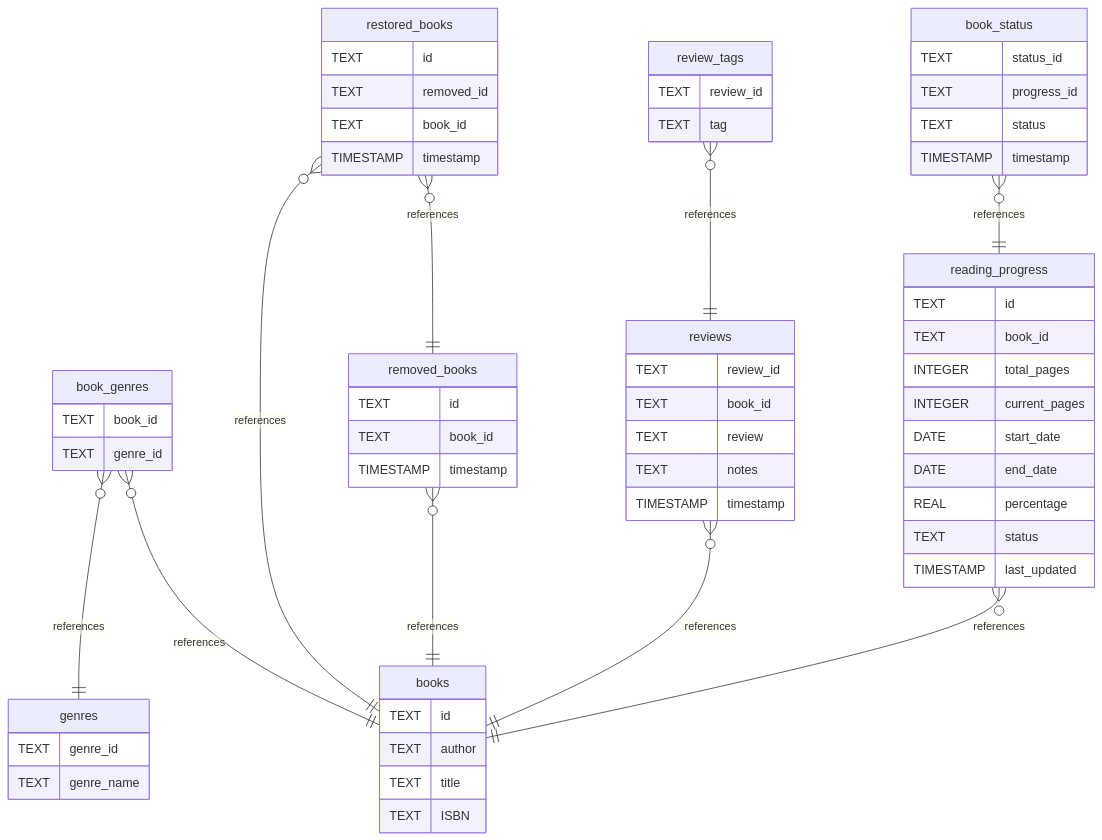
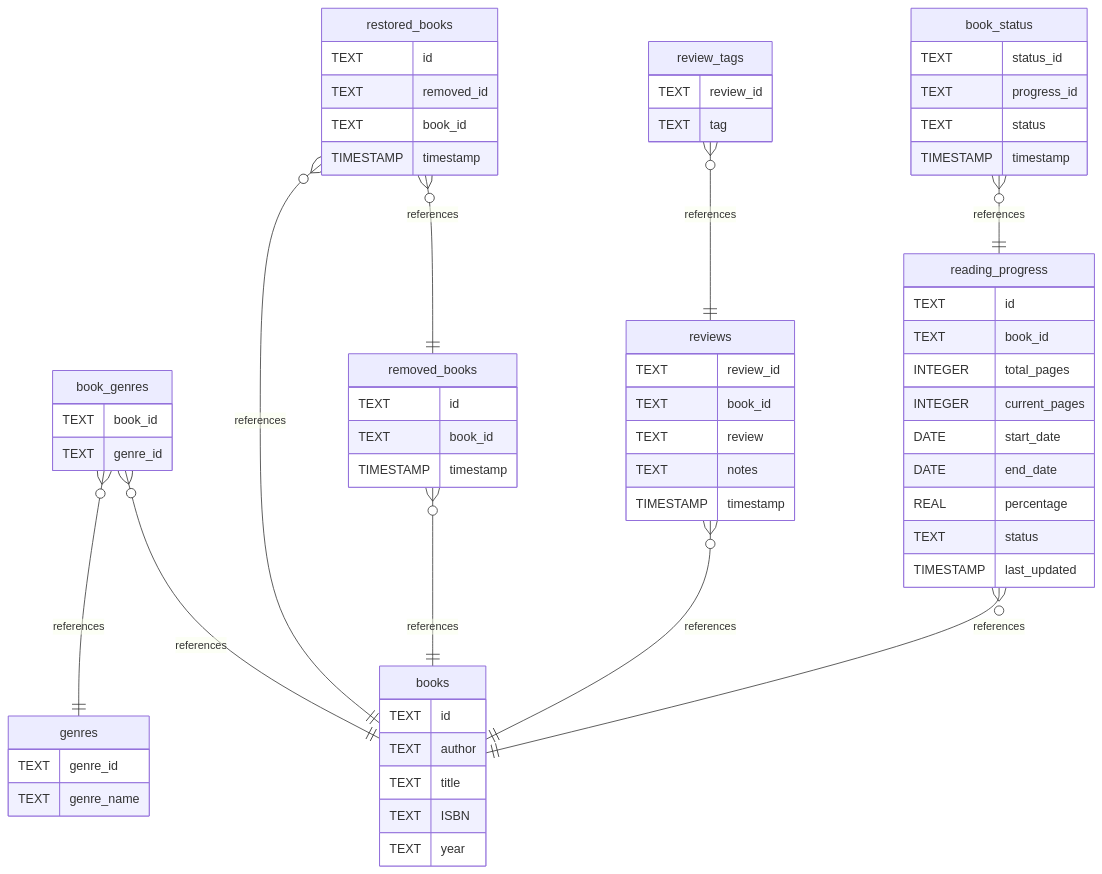
One commit to luckysaintmolotov/book-tracker-app changed the second of 3 diagrams in Book Tracker App Documentation.md. Above: the diagram before and after it, drawn with Mermaid.

Commit message:
feat: add year to books table

````diff
--- a/Book Tracker App Documentation.md
+++ b/Book Tracker App Documentation.md
@@ -53,75 +53,76 @@
 ```mermaid
 erDiagram
 	book_genres }o--|| books : references
 	book_genres }o--|| genres : references
 	reading_progress }o--|| books : references
 	book_status }o--|| reading_progress : references
 	reviews }o--|| books : references
 	review_tags }o--|| reviews : references
 	removed_books }o--|| books : references
 	restored_books }o--|| removed_books : references
 	restored_books }o--|| books : references
 
 	books {
 		TEXT id
 		TEXT author
 		TEXT title
 		TEXT ISBN
+        TEXT year
 	}
 
 	genres {
 		TEXT genre_id
 		TEXT genre_name
 	}
 
 	book_genres {
 		TEXT book_id
 		TEXT genre_id
 	}
 
 	reading_progress {
 		TEXT id
 		TEXT book_id
 		INTEGER total_pages
 		INTEGER current_pages
 		DATE start_date
 		DATE end_date
 		REAL percentage
 		TEXT status
 		TIMESTAMP last_updated
 	}
 
 	book_status {
 		TEXT status_id
 		TEXT progress_id
 		TEXT status
 		TIMESTAMP timestamp
 	}
 
 	reviews {
 		TEXT review_id
 		TEXT book_id
 		TEXT review
 		TEXT notes
 		TIMESTAMP timestamp
 	}
 
 	review_tags {
 		TEXT review_id
 		TEXT tag
 	}
 
 	removed_books {
 		TEXT id
 		TEXT book_id
 		TIMESTAMP timestamp
 	}
 
 	restored_books {
 		TEXT id
 		TEXT removed_id
 		TEXT book_id
 		TIMESTAMP timestamp
 	}
 
 ```
````
